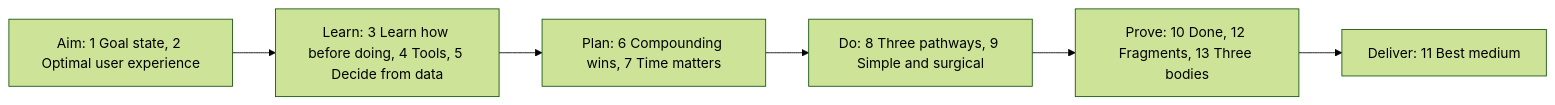
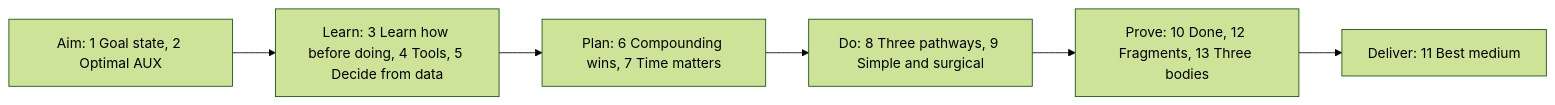
One commit to SolenixAI/arbiter changed the diagram in README.md. Above: the diagram before and after it, drawn with Mermaid (forest theme). The commit also changed 1 other file, not shown here.

Commit message:
docs(agents): Optimal AUX: two sides of every experience, latency between (#26)
* docs(agents): section 11: channels run both ways; a raw signal is true

* docs(agents): section 11: an agent's native senses are bytes, chars, tokens and text

* docs(agents): section 2 is Optimal AUX: two sides, each senses to perception, latency between

* docs(agents): AUX review fixes

---------

````diff
--- a/README.md
+++ b/README.md
@@ -21,6 +21,6 @@
 ```mermaid
 flowchart LR
-  A["Aim: 1 Goal state, 2 Optimal user experience"] --> L["Learn: 3 Learn how before doing, 4 Tools, 5 Decide from data"]
+  A["Aim: 1 Goal state, 2 Optimal AUX"] --> L["Learn: 3 Learn how before doing, 4 Tools, 5 Decide from data"]
   L --> P["Plan: 6 Compounding wins, 7 Time matters"] --> D["Do: 8 Three pathways, 9 Simple and surgical"]
   D --> V["Prove: 10 Done, 12 Fragments, 13 Three bodies"] --> O["Deliver: 11 Best medium"]
 ```
````
